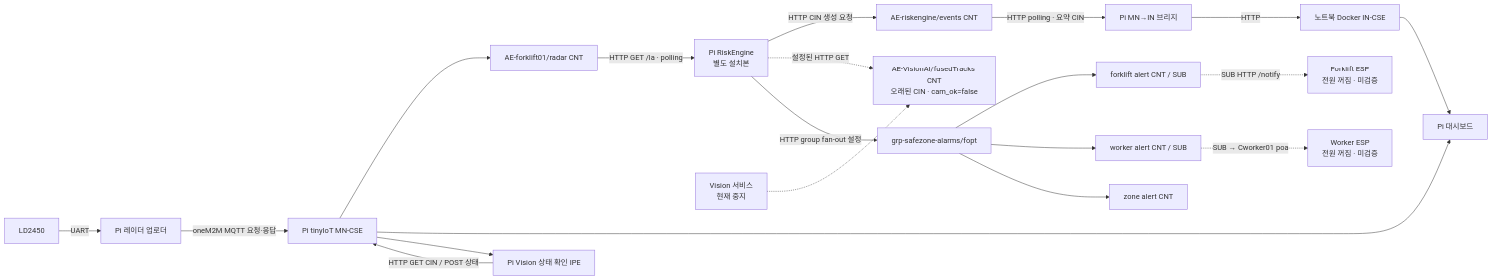
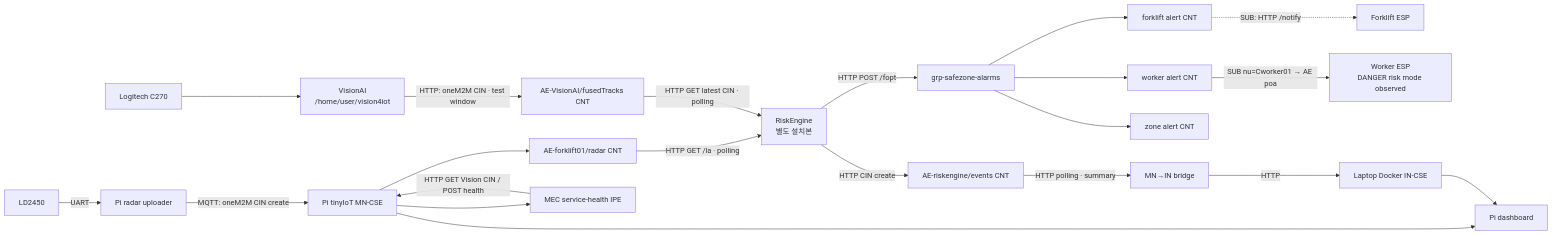
Before and after one commit to extra-7ex/Sejong_4IoT_OneM2M: the first of 5 diagrams in docs/architecture.md, drawn with Mermaid. The commit also changed other lines of this file and 3 other files, not shown here.

Commit message:
docs: sync submission with restored Pi call flow

````diff
--- a/docs/architecture.md
+++ b/docs/architecture.md
@@ -7,22 +7,23 @@
 ```mermaid
 flowchart LR
-  LD["LD2450"] -->|"UART"| UP["Pi 레이더 업로더"]
-  UP -->|"oneM2M MQTT 요청·응답"| MN["Pi tinyIoT MN-CSE"]
+  LD["LD2450"] -->|"UART"| UP["Pi radar uploader"]
+  UP -->|"MQTT: oneM2M CIN create"| MN["Pi tinyIoT MN-CSE"]
   MN --> RAD["AE-forklift01/radar CNT"]
-  RAD -->|"HTTP GET /la · polling"| RE["Pi RiskEngine<br/>별도 설치본"]
-  RE -->|"HTTP CIN 생성 요청"| EV["AE-riskengine/events CNT"]
-  RE -.->|"설정된 HTTP GET"| FUSED["AE-VisionAI/fusedTracks CNT<br/>오래된 CIN · cam_ok=false"]
-  RE -->|"HTTP group fan-out 설정"| GRP["grp-safezone-alarms/fopt"]
-  GRP --> FA["forklift alert CNT / SUB"]
-  GRP --> WA["worker alert CNT / SUB"]
+  RAD -->|"HTTP GET /la · polling"| RE["RiskEngine<br/>별도 설치본"]
+  CAM["Logitech C270"] --> VISION["VisionAI<br/>/home/user/vision4iot"]
+  VISION -->|"HTTP: oneM2M CIN · test window"| FUSED["AE-VisionAI/fusedTracks CNT"]
+  FUSED -->|"HTTP GET latest CIN · polling"| RE
+  RE -->|"HTTP CIN create"| EV["AE-riskengine/events CNT"]
+  RE -->|"HTTP POST /fopt"| GRP["grp-safezone-alarms"]
+  GRP --> FA["forklift alert CNT"]
+  GRP --> WA["worker alert CNT"]
   GRP --> ZA["zone alert CNT"]
-  FA -.->|"SUB HTTP /notify"| E1["Forklift ESP<br/>전원 꺼짐 · 미검증"]
-  WA -.->|"SUB → Cworker01 poa"| E2["Worker ESP<br/>전원 꺼짐 · 미검증"]
-  EV -->|"HTTP polling · 요약 CIN"| BR["Pi MN→IN 브리지"]
-  BR -->|"HTTP"| IN["노트북 Docker IN-CSE"]
-  MN --> DASH["Pi 대시보드"]
+  FA -.->|"SUB: HTTP /notify"| E1["Forklift ESP"]
+  WA -->|"SUB nu=Cworker01 → AE poa"| E2["Worker ESP<br/>DANGER risk mode observed"]
+  EV -->|"HTTP polling · summary"| BR["MN→IN bridge"]
+  BR -->|"HTTP"| IN["Laptop Docker IN-CSE"]
+  MN --> DASH["Pi dashboard"]
   IN --> DASH
-  MN --> IPE["Pi Vision 상태 확인 IPE"]
-  IPE -->|"HTTP GET CIN / POST 상태"| MN
-  VISION["Vision 서비스<br/>현재 중지"] -.-> FUSED
+  MN --> IPE["MEC service-health IPE"]
+  IPE -->|"HTTP GET Vision CIN / POST health"| MN
 ```
````
